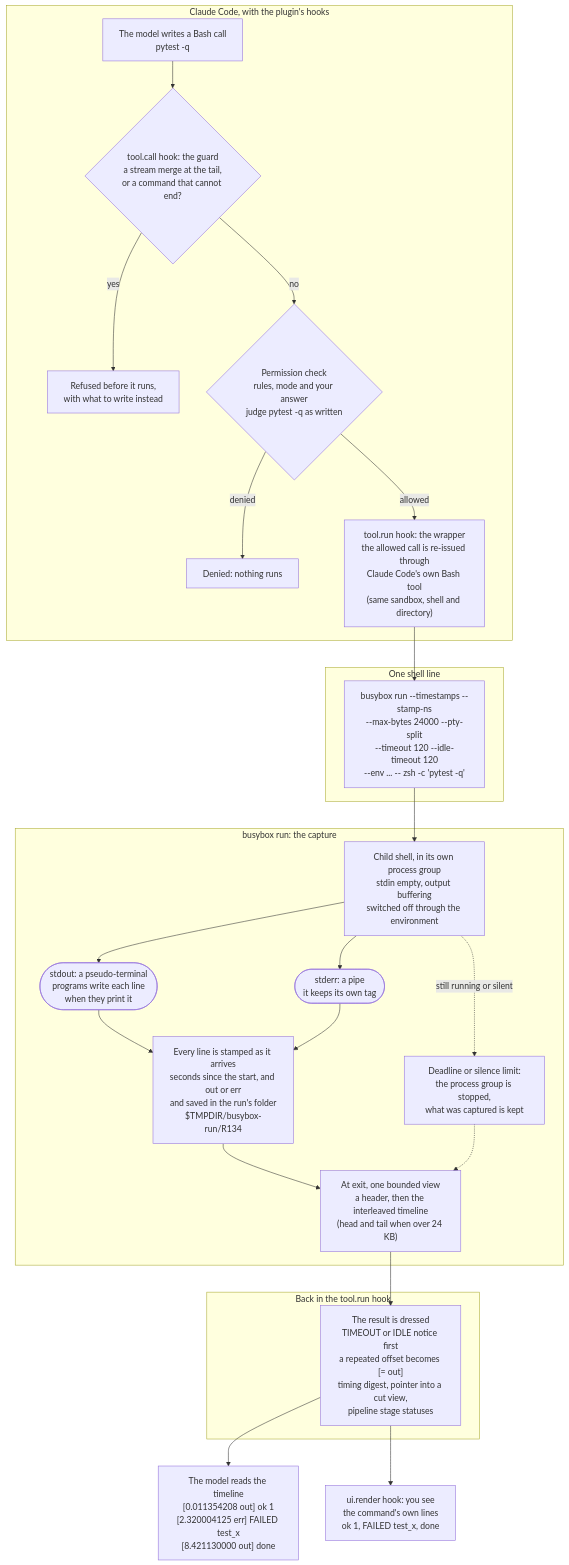
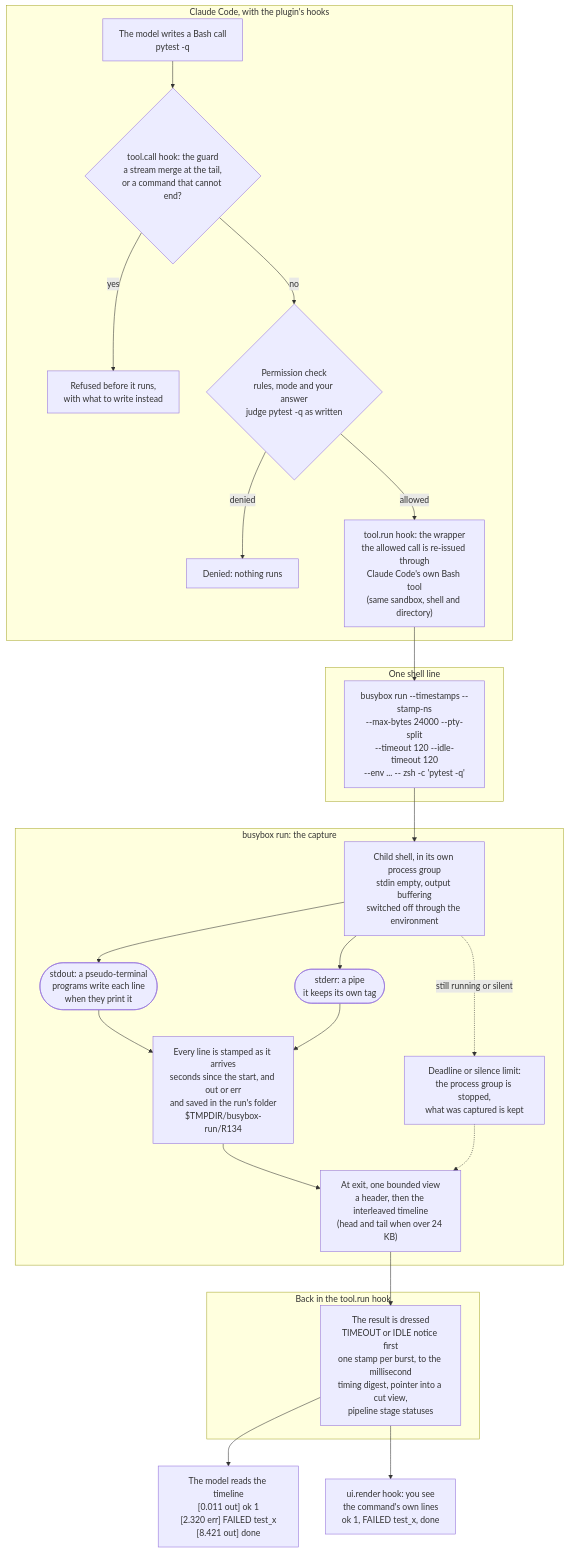
Before and after one commit to rob-c/claude-managed-tools: the diagram in README.md, drawn with Mermaid. The commit also changed other lines of this file and 21 other files, not shown here.

First line of the commit message:
managed-tools 0.7.0: live output, an idle limit that counts work, and 39 guard and notice fixes

````diff
--- a/README.md
+++ b/README.md
@@ -436,45 +493,45 @@
 ```mermaid
 flowchart TD
     subgraph CC["Claude Code, with the plugin's hooks"]
         M["The model writes a Bash call<br/>pytest -q"]
         G{"tool.call hook: the guard<br/>a stream merge at the tail,<br/>or a command that cannot end?"}
         R["Refused before it runs,<br/>with what to write instead"]
         P{"Permission check<br/>rules, mode and your answer<br/>judge pytest -q as written"}
         X["Denied: nothing runs"]
         W["tool.run hook: the wrapper<br/>the allowed call is re-issued through<br/>Claude Code's own Bash tool<br/>(same sandbox, shell and directory)"]
     end
     subgraph SH["One shell line"]
         O["busybox run --timestamps --stamp-ns<br/>--max-bytes 24000 --pty-split<br/>--timeout 120 --idle-timeout 120<br/>--env ... -- zsh -c 'pytest -q'"]
     end
     subgraph BB["busybox run: the capture"]
         C["Child shell, in its own process group<br/>stdin empty, output buffering<br/>switched off through the environment"]
         SO(["stdout: a pseudo-terminal<br/>programs write each line<br/>when they print it"])
         SE(["stderr: a pipe<br/>it keeps its own tag"])
         T["Every line is stamped as it arrives<br/>seconds since the start, and out or err<br/>and saved in the run's folder<br/>$TMPDIR/busybox-run/R134"]
         K["Deadline or silence limit:<br/>the process group is stopped,<br/>what was captured is kept"]
         V["At exit, one bounded view<br/>a header, then the interleaved timeline<br/>(head and tail when over 24 KB)"]
     end
     subgraph BACK["Back in the tool.run hook"]
-        S["The result is dressed<br/>TIMEOUT or IDLE notice first<br/>a repeated offset becomes [= out]<br/>timing digest, pointer into a cut view,<br/>pipeline stage statuses"]
+        S["The result is dressed<br/>TIMEOUT or IDLE notice first<br/>one stamp per burst, to the millisecond<br/>timing digest, pointer into a cut view,<br/>pipeline stage statuses"]
     end
-    MODEL["The model reads the timeline<br/>[0.011354208 out] ok 1<br/>[2.320004125 err] FAILED test_x<br/>[8.421130000 out] done"]
+    MODEL["The model reads the timeline<br/>[0.011 out] ok 1<br/>[2.320 err] FAILED test_x<br/>[8.421 out] done"]
     YOU["ui.render hook: you see<br/>the command's own lines<br/>ok 1, FAILED test_x, done"]
 
     M --> G
     G -->|yes| R
     G -->|no| P
     P -->|denied| X
     P -->|allowed| W
     W --> O
     O --> C
     C --> SO
     C --> SE
     SO --> T
     SE --> T
     C -.->|still running or silent| K
     T --> V
     K -.-> V
     V --> S
     S --> MODEL
     S --> YOU
 ```
````
